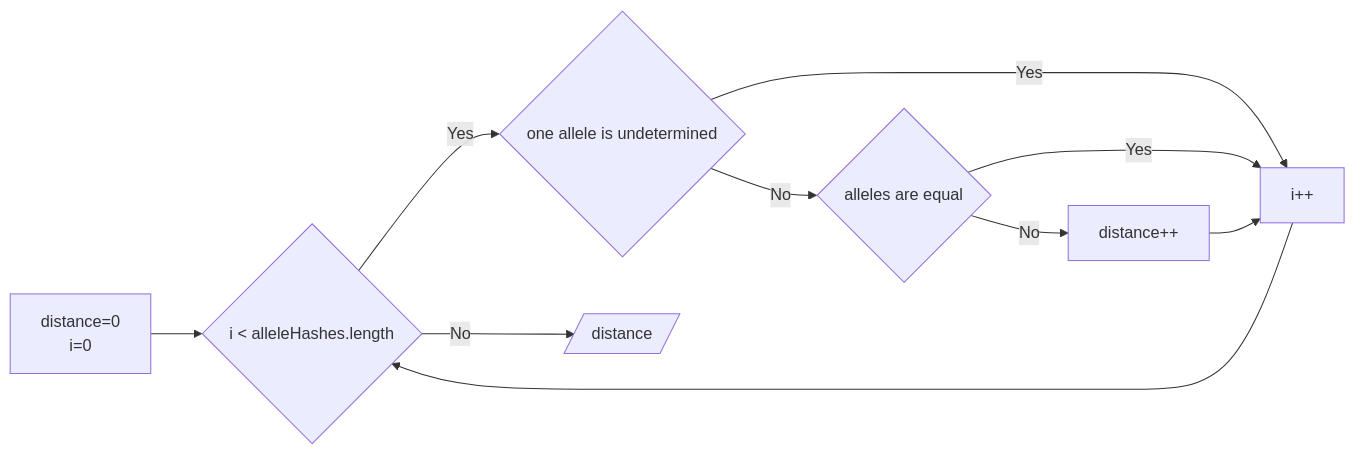
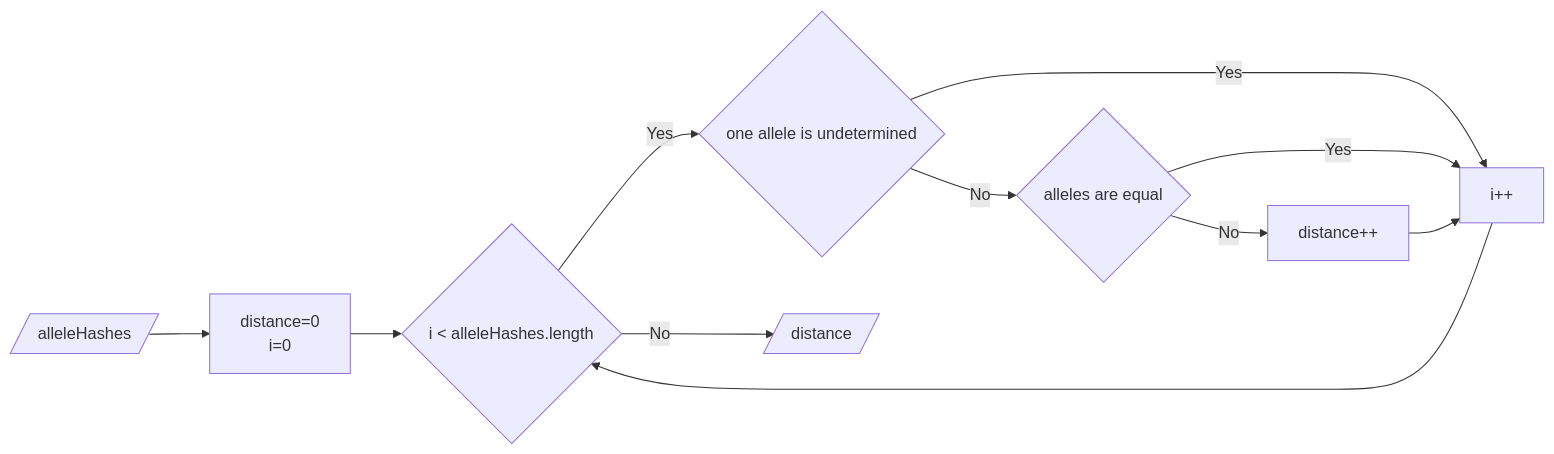
One commit to DiltheyLab/GENTRAIN changed the second of 13 diagrams in documentation/docs/developers/genomic_operations.md. Above: the diagram before and after it, drawn with Mermaid. The commit also changed other lines of this file and 2 other files, not shown here.

````diff
--- a/documentation/docs/developers/genomic_operations.md
+++ b/documentation/docs/developers/genomic_operations.md
@@ -135,15 +135,16 @@
 ```mermaid
 flowchart LR
+    Input@{ shape: lean-r, label: "alleleHashes" } --> A
     A["`distance=0
     i=0`"] --> B{i < alleleHashes.length}
 
     B -->|Yes| C{one allele is undetermined}
     C -->|Yes| F
     C -->|No| D{alleles are equal}
     D -->|Yes| F
     D -->|No| E[distance++]
     E --> F
     F[i++] --> B
     B -->|No| H@{ shape: lean-r, label: "distance" }
 
 ```
````
